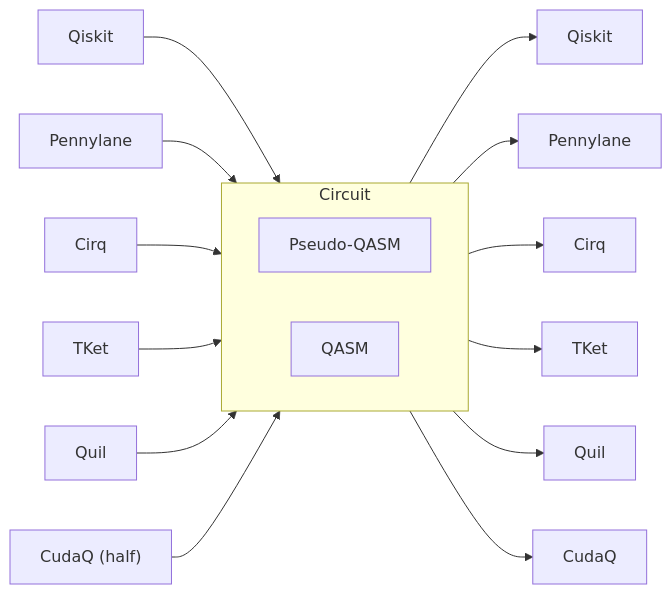
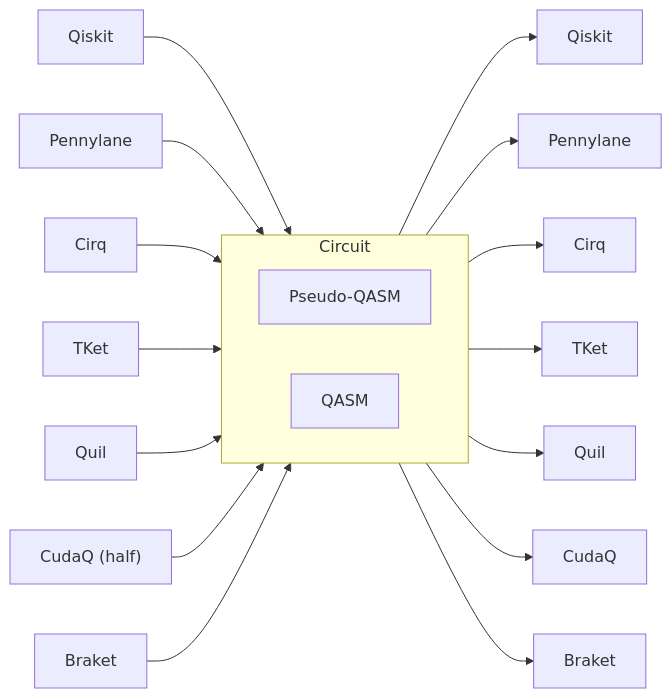
The diagram in Readme.md (plutoniumm/abraxas), drawn with Mermaid before and after one commit. The commit also changed other lines of this file and 15 other files, not shown here.

````diff
--- a/Readme.md
+++ b/Readme.md
@@ -46,21 +47,23 @@
 ```mermaid
 graph LR
   subgraph Circuit
     direction LR
     IR[Pseudo-QASM]
     IR2[QASM]
   end
   A0[Qiskit] --> Circuit
   B0[Pennylane] --> Circuit
   C0[Cirq] --> Circuit
   D0[TKet] --> Circuit
   E0[Quil] --> Circuit
   F0["CudaQ (half)"] --> Circuit
+  G0[Braket] --> Circuit
 
   Circuit --> A1[Qiskit]
   Circuit --> B1[Pennylane]
   Circuit --> C1[Cirq]
   Circuit --> D1[TKet]
   Circuit --> E1[Quil]
   Circuit --> F1[CudaQ]
+  Circuit --> G1[Braket]
 ```
````
